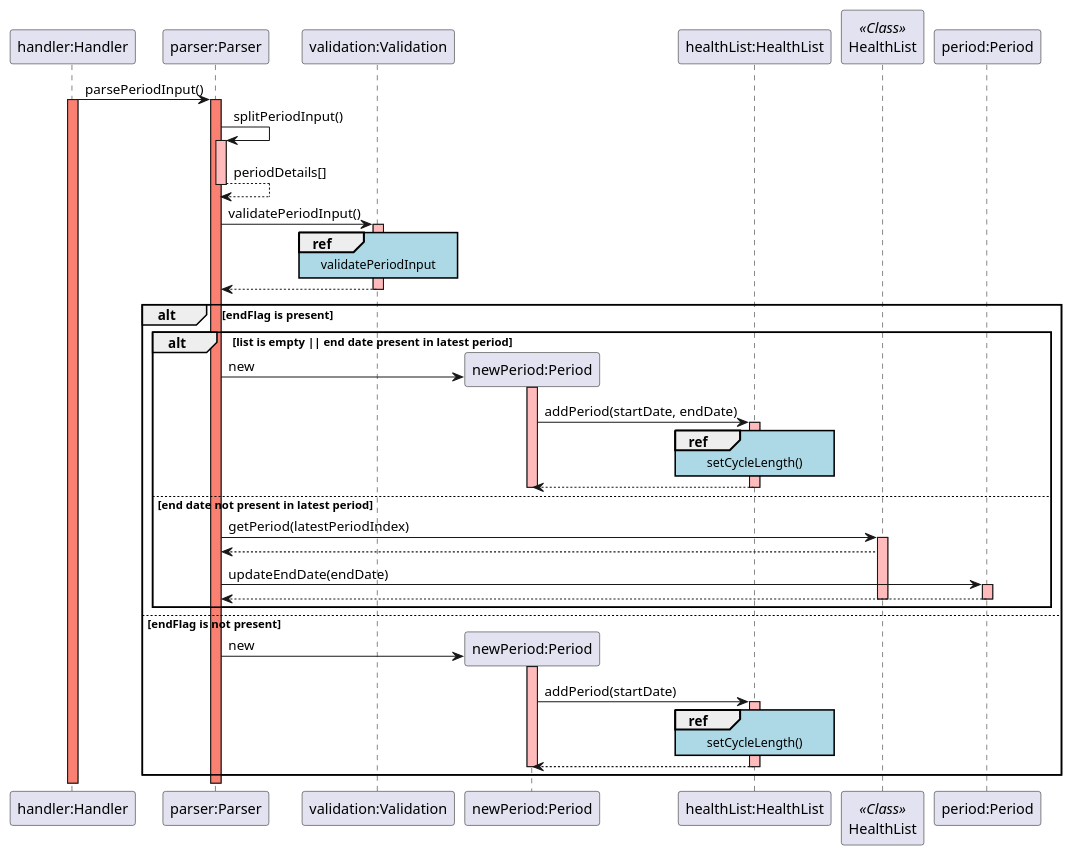
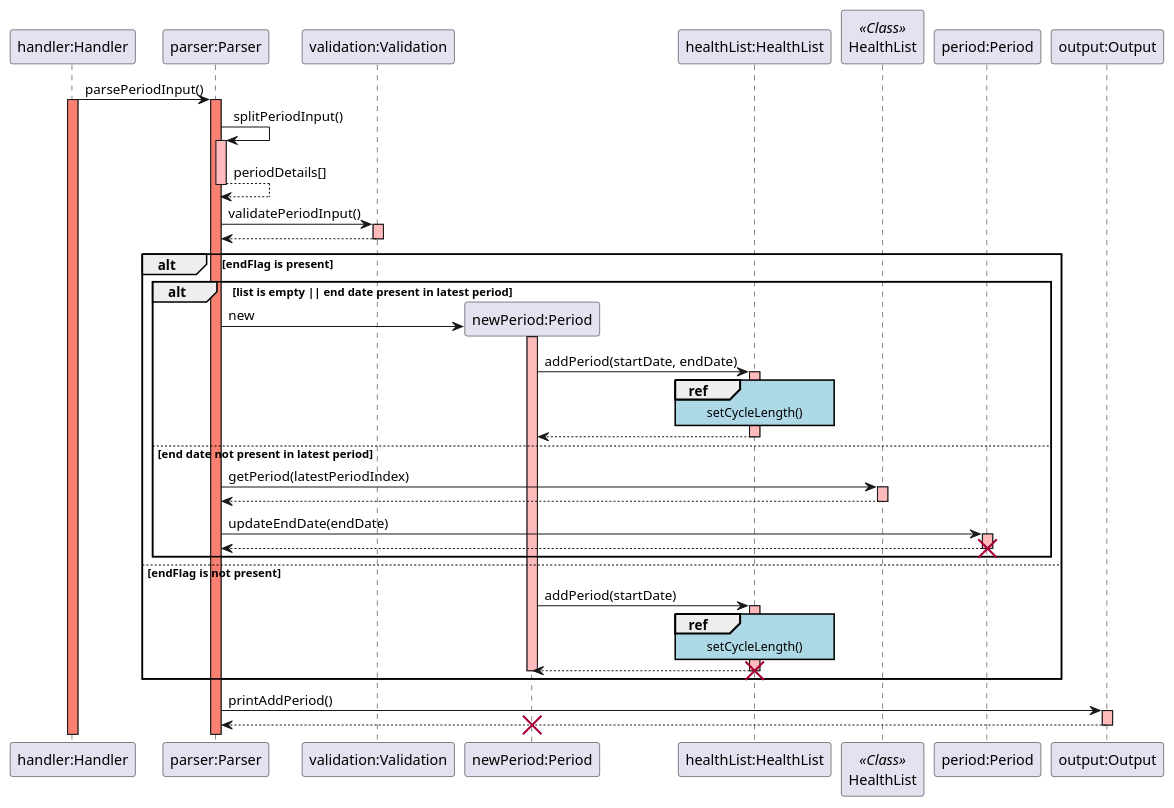
Before and after one commit to rouvinerh/tp: the diagram in docs/puml/sequence_diagrams/period_sequence.puml, drawn with PlantUML. The commit also changed 4 other files, not shown here.

Commit message:
update period and bmi seq diagrams

```diff
--- a/docs/puml/sequence_diagrams/period_sequence.puml
+++ b/docs/puml/sequence_diagrams/period_sequence.puml
@@ -1,61 +1,68 @@
 @startuml
 
 skinparam sequenceReferenceBackgroundColor lightblue
 participant "handler:Handler" as Handler
 participant "parser:Parser" as Parser
 participant "validation:Validation" as Validation
 participant "newPeriod:Period" as Period
 participant "healthList:HealthList" as HealthList
 participant HealthList as HealthList1 << Class >>
 
 Handler -> Parser: parsePeriodInput()
 activate Handler #salmon
 activate Parser #salmon
 
 Parser -> Parser: splitPeriodInput()
 activate Parser #FFBBBB
 Parser --> Parser: periodDetails[]
 deactivate Parser #FFBBBB
 
 Parser -> Validation: validatePeriodInput()
 activate Validation #FFBBBB
-ref over Validation: validatePeriodInput
 Validation --> Parser:
 deactivate Validation
 
 alt endFlag is present
     alt list is empty || end date present in latest period
     Parser -> Period **: new
     activate Period #FFBBBB
     Period -> HealthList: addPeriod(startDate, endDate)
     activate HealthList #FFBBBB
 ref over HealthList: setCycleLength()
     HealthList --> Period:
     deactivate HealthList #FFBBBB
-    deactivate Period #FFBBBB
+
 
     else end date not present in latest period
     Parser -> HealthList1: getPeriod(latestPeriodIndex)
     activate HealthList1 #FFBBBB
+
     HealthList1 --> Parser:
+    deactivate HealthList1 #FFBBBB
     Parser -> "period:Period": updateEndDate(endDate)
     activate "period:Period" #FFBBBB
     "period:Period" --> Parser:
     deactivate HealthList1 #FFBBBB
     deactivate "period:Period" #FFBBBB
+    destroy "period:Period"
     end
 
 else endFlag is not present
-    Parser -> Period **: new
+
     activate Period #FFBBBB
     Period -> HealthList: addPeriod(startDate)
 ref over HealthList: setCycleLength()
     activate HealthList #FFBBBB
     HealthList --> Period:
     deactivate HealthList #FFBBBB
     deactivate Period #FFBBBB
+    destroy HealthList
 
 end
-
+Parser -> "output:Output": printAddPeriod()
+activate "output:Output" #FFBBBB
+"output:Output" --> Parser:
+deactivate  "output:Output"
+destroy Period
 
 @enduml
```
